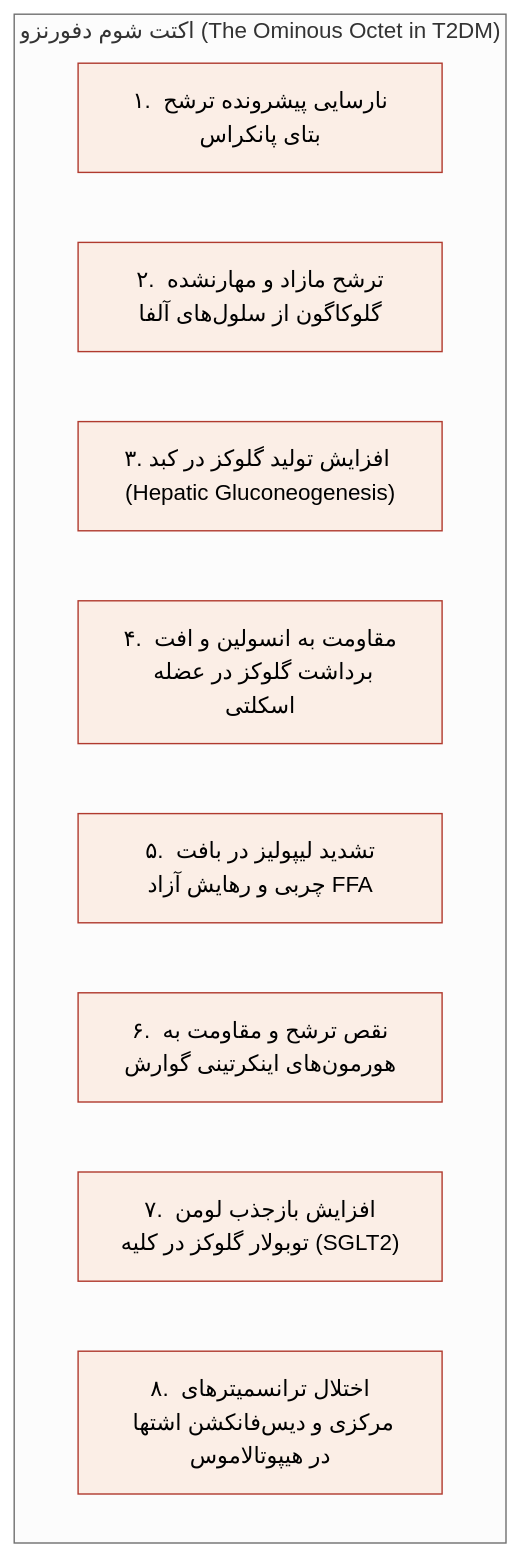
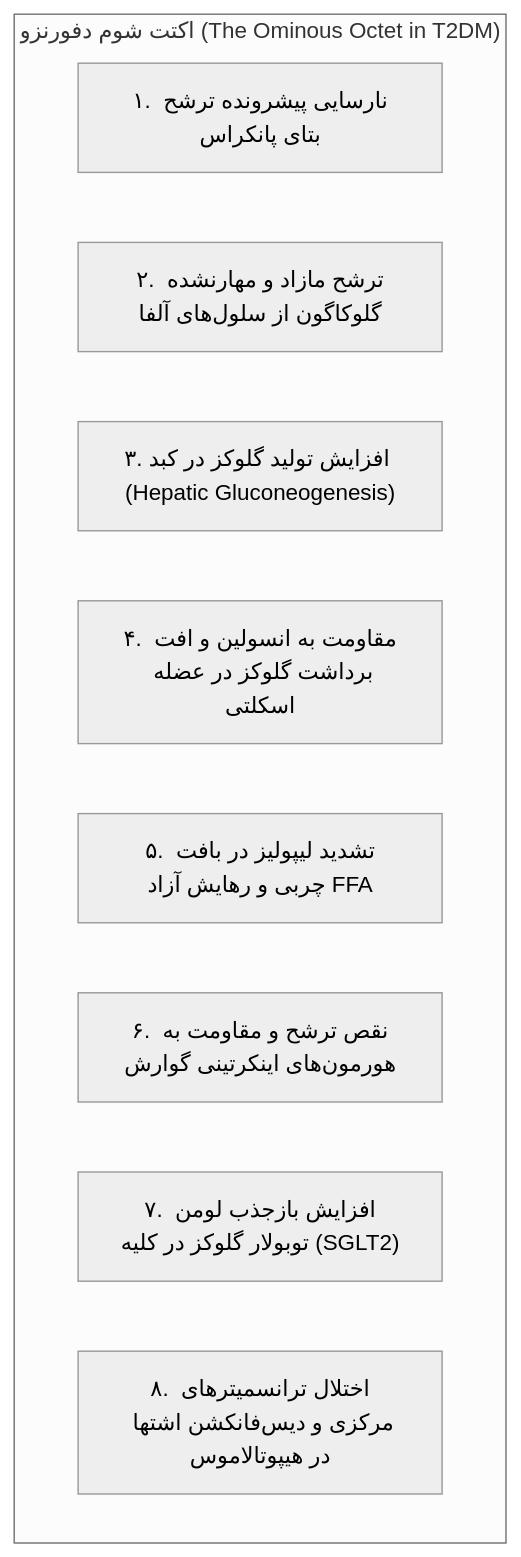
Before and after one commit to neopulse-hub/TUMS-1396-1-material-notes: the tenth of 15 diagrams in 7/مبانی غدد/دیابت.md, drawn with Mermaid (neutral theme). The commit also changed other lines of this file, not shown here.

````diff
--- a/7/مبانی غدد/دیابت.md
+++ b/7/مبانی غدد/دیابت.md
@@ -416,15 +400,14 @@
 ```mermaid
 flowchart TD
     subgraph OminousOctet["اکتت شوم دفورنزو (The Ominous Octet in T2DM)"]
         D1["۱. نارسایی پیشرونده ترشح بتای پانکراس"]
         D2["۲. ترشح مازاد و مهارنشده گلوکاگون از سلول‌های آلفا"]
         D3["۳. افزایش تولید گلوکز در کبد (Hepatic Gluconeogenesis)"]
         D4["۴. مقاومت به انسولین و افت برداشت گلوکز در عضله اسکلتی"]
         D5["۵. تشدید لیپولیز در بافت چربی و رهایش آزاد FFA"]
         D6["۶. نقص ترشح و مقاومت به هورمون‌های اینکرتینی گوارش"]
         D7["۷. افزایش بازجذب لومن توبولار گلوکز در کلیه (SGLT2)"]
         D8["۸. اختلال ترانسمیترهای مرکزی و دیس‌فانکشن اشتها در هیپوتالاموس"]
     end
-    classDef oct fill:#fbeee6,stroke:#b03a2e,stroke-width:1px;
-    class D1,D2,D3,D4,D5,D6,D7,D8 oct;
+
 ```
````
